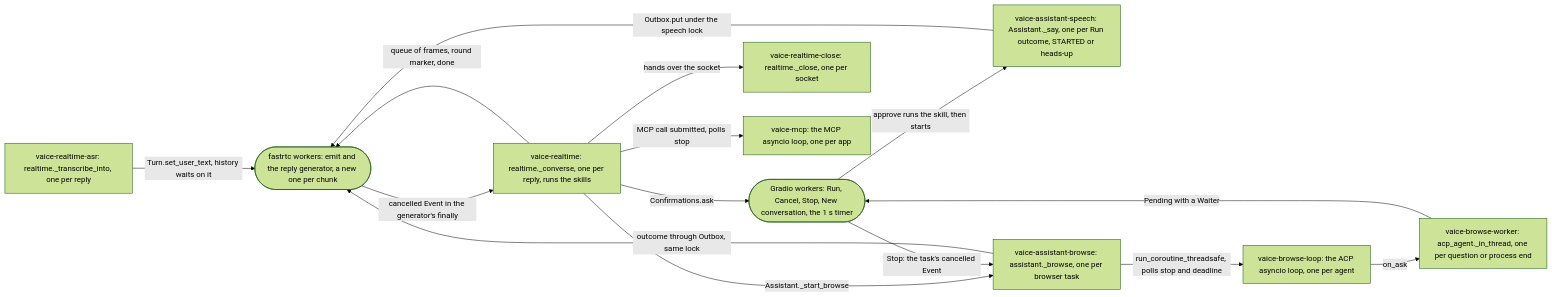
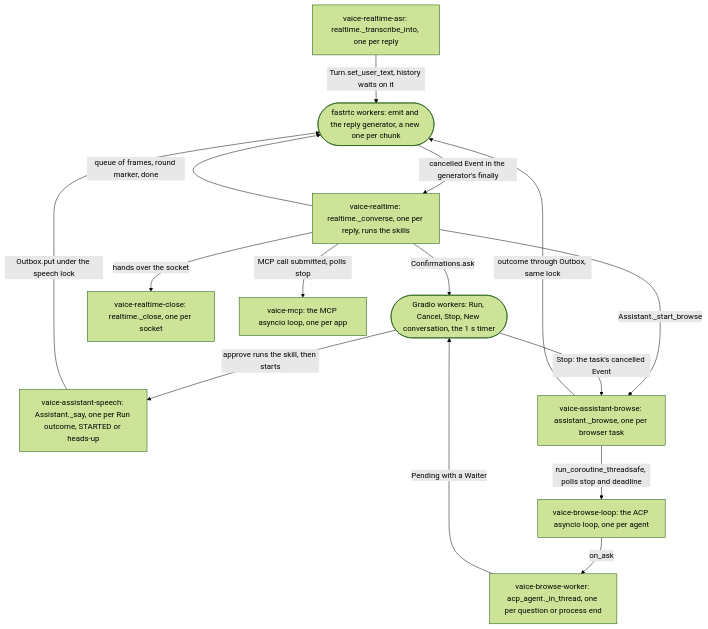
One commit to ranacseruet/vaice changed the tenth of 11 diagrams in docs/architecture.md. Above: the diagram before and after it, drawn with Mermaid (forest theme). The commit also changed other lines of this file, not shown here.

````diff
--- a/docs/architecture.md
+++ b/docs/architecture.md
@@ -413,28 +418,28 @@
 ```mermaid
-flowchart LR
+flowchart TB
   %% view: threads
   fw(["fastrtc workers: emit and the reply generator, a new one per chunk"])
   gw(["Gradio workers: Run, Cancel, Stop, New conversation, the 1 s timer"])
   rt["vaice-realtime: realtime._converse, one per reply, runs the skills"]
   asr["vaice-realtime-asr: realtime._transcribe_into, one per reply"]
   cl["vaice-realtime-close: realtime._close, one per socket"]
   sp["vaice-assistant-speech: Assistant._say, one per Run outcome, STARTED or heads-up"]
   br["vaice-assistant-browse: assistant._browse, one per browser task"]
   lp["vaice-browse-loop: the ACP asyncio loop, one per agent"]
   wk["vaice-browse-worker: acp_agent._in_thread, one per question or process end"]
   mc["vaice-mcp: the MCP asyncio loop, one per app"]
   rt -->|"queue of frames, round marker, done"| fw
   fw -->|"cancelled Event in the generator's finally"| rt
   rt -->|"hands over the socket"| cl
   asr -->|"Turn.set_user_text, history waits on it"| fw
   rt -->|"MCP call submitted, polls stop"| mc
   rt -->|"Confirmations.ask"| gw
   rt -->|"Assistant._start_browse"| br
   gw -->|"approve runs the skill, then starts"| sp
   sp -->|"Outbox.put under the speech lock"| fw
   br -->|"outcome through Outbox, same lock"| fw
   br -->|"run_coroutine_threadsafe, polls stop and deadline"| lp
   lp -->|"on_ask"| wk
   wk -->|"Pending with a Waiter"| gw
   gw -->|"Stop: the task's cancelled Event"| br
 ```
````
